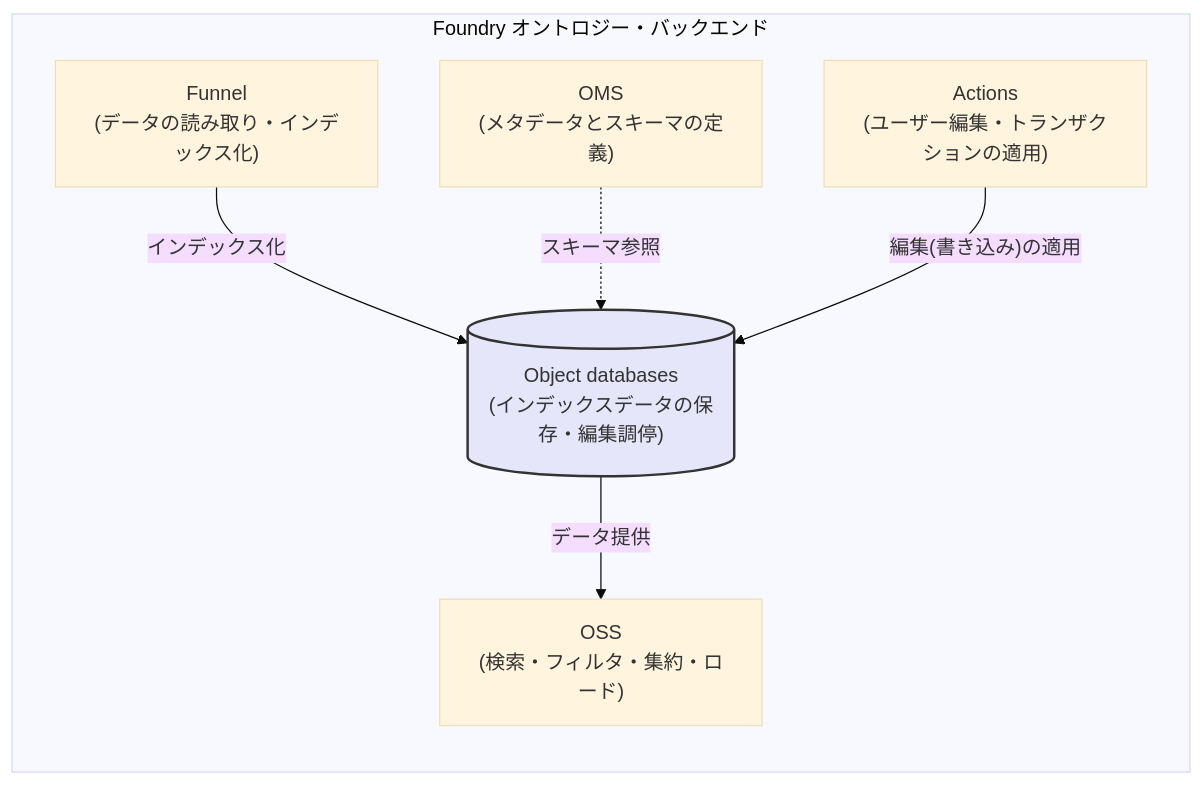
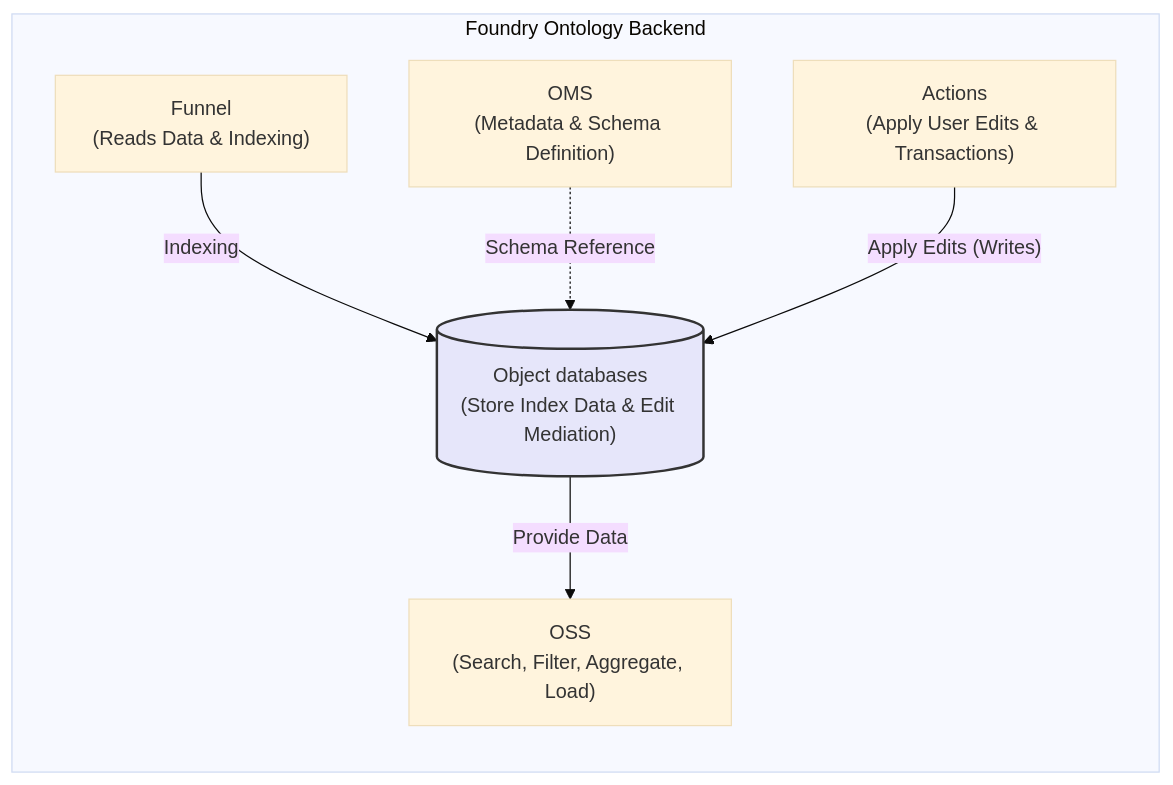
Before and after one commit to jonnydubowsky/palantir-ontology-strategy: the fifth of 9 diagrams in docs/the-palantir-impact_jp.md, drawn with Mermaid (base theme). The commit also changed other lines of this file and 2 other files, not shown here.

````diff
--- a/docs/the-palantir-impact_jp.md
+++ b/docs/the-palantir-impact_jp.md
@@ -183,16 +183,16 @@
 ```mermaid
 flowchart LR
-    subgraph backend ["Foundry オントロジー・バックエンド"]
-        F["Funnel<br>(データの読み取り・インデックス化)"]
-        OMS["OMS<br>(メタデータとスキーマの定義)"]
-        ODB[("Object databases<br>(インデックスデータの保存・編集調停)")]
-        OSS["OSS<br>(検索・フィルタ・集約・ロード)"]
-        ACT["Actions<br>(ユーザー編集・トランザクションの適用)"]
+    subgraph backend ["Foundry Ontology Backend"]
+        F["Funnel<br>(Reads Data & Indexing)"]
+        OMS["OMS<br>(Metadata & Schema Definition)"]
+        ODB[("Object databases<br>(Store Index Data & Edit Mediation)")]
+        OSS["OSS<br>(Search, Filter, Aggregate, Load)"]
+        ACT["Actions<br>(Apply User Edits & Transactions)"]
         
-        F -->|"インデックス化"| ODB
-        OMS -.->|"スキーマ参照"| ODB
-        ODB -->|"データ提供"| OSS
-        ACT -->|"編集(書き込み)の適用"| ODB
+        F -->|"Indexing"| ODB
+        OMS -.->|"Schema Reference"| ODB
+        ODB -->|"Provide Data"| OSS
+        ACT -->|"Apply Edits (Writes)"| ODB
     end
     style ODB fill:#e6e6fa,stroke:#333,stroke-width:2px
 ```
````
